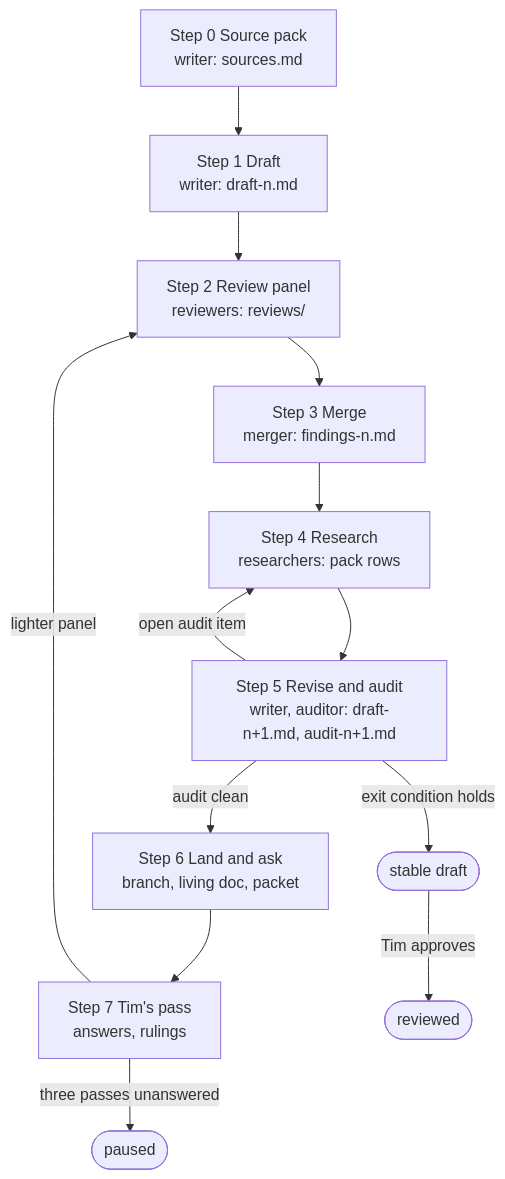
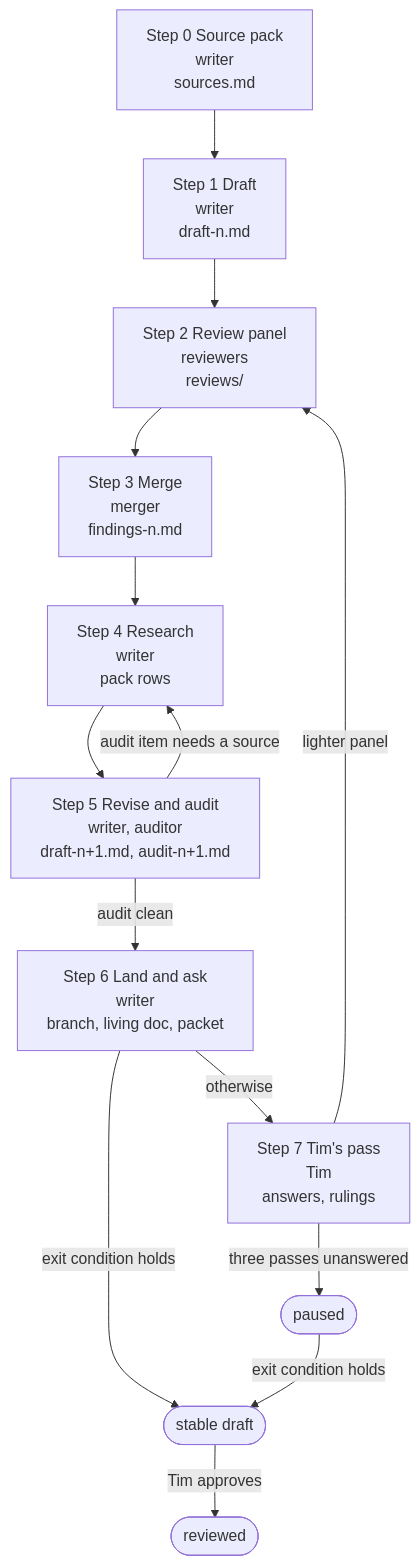
Before and after one commit to mithro/open-silicon-hitlist: the diagram in PROCESS.md, drawn with Mermaid. The commit also changed other lines of this file and 2 other files, not shown here.

Commit message:
Guidelines draft 4, round 7: figures
GUIDELINES.md, TEMPLATE.md and PROCESS.md as at d90eda7 on the
guidelines thread's branch.

Claude-Session: https://claude.ai/code/session_01Pp9WJhQp9utKU8Q4S5gGQT

````diff
--- a/PROCESS.md
+++ b/PROCESS.md
@@ -33,15 +33,16 @@
 ```mermaid
 flowchart TD
-  S0["Step 0 Source pack<br/>writer: sources.md"] --> S1["Step 1 Draft<br/>writer: draft-n.md"]
-  S1 --> S2["Step 2 Review panel<br/>reviewers: reviews/"]
-  S2 --> S3["Step 3 Merge<br/>merger: findings-n.md"]
-  S3 --> S4["Step 4 Research<br/>researchers: pack rows"]
-  S4 --> S5["Step 5 Revise and audit<br/>writer, auditor: draft-n+1.md, audit-n+1.md"]
-  S5 -->|open audit item| S4
-  S5 -->|audit clean| S6["Step 6 Land and ask<br/>branch, living doc, packet"]
-  S6 --> S7["Step 7 Tim's pass<br/>answers, rulings"]
+  S0["Step 0 Source pack<br/>writer<br/>sources.md"] --> S1["Step 1 Draft<br/>writer<br/>draft-n.md"]
+  S1 --> S2["Step 2 Review panel<br/>reviewers<br/>reviews/"]
+  S2 --> S3["Step 3 Merge<br/>merger<br/>findings-n.md"]
+  S3 --> S4["Step 4 Research<br/>writer<br/>pack rows"]
+  S4 --> S5["Step 5 Revise and audit<br/>writer, auditor<br/>draft-n+1.md, audit-n+1.md"]
+  S5 -->|audit item needs a source| S4
+  S5 -->|audit clean| S6["Step 6 Land and ask<br/>writer<br/>branch, living doc, packet"]
+  S6 -->|exit condition holds| ST(["stable draft"])
+  S6 -->|otherwise| S7["Step 7 Tim's pass<br/>Tim<br/>answers, rulings"]
   S7 -->|lighter panel| S2
-  S5 -->|exit condition holds| ST(["stable draft"])
+  S7 -->|three passes unanswered| PA(["paused"])
+  PA -->|exit condition holds| ST
   ST -->|Tim approves| RV(["reviewed"])
-  S7 -->|three passes unanswered| PA(["paused"])
 ```
````
